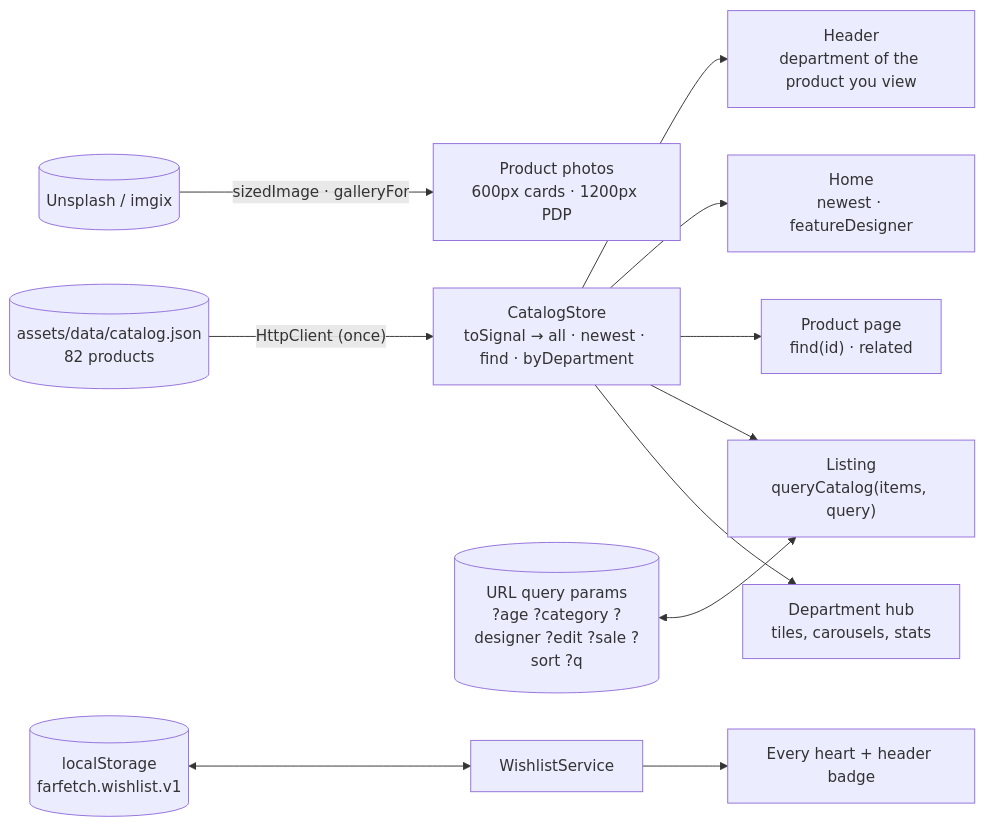
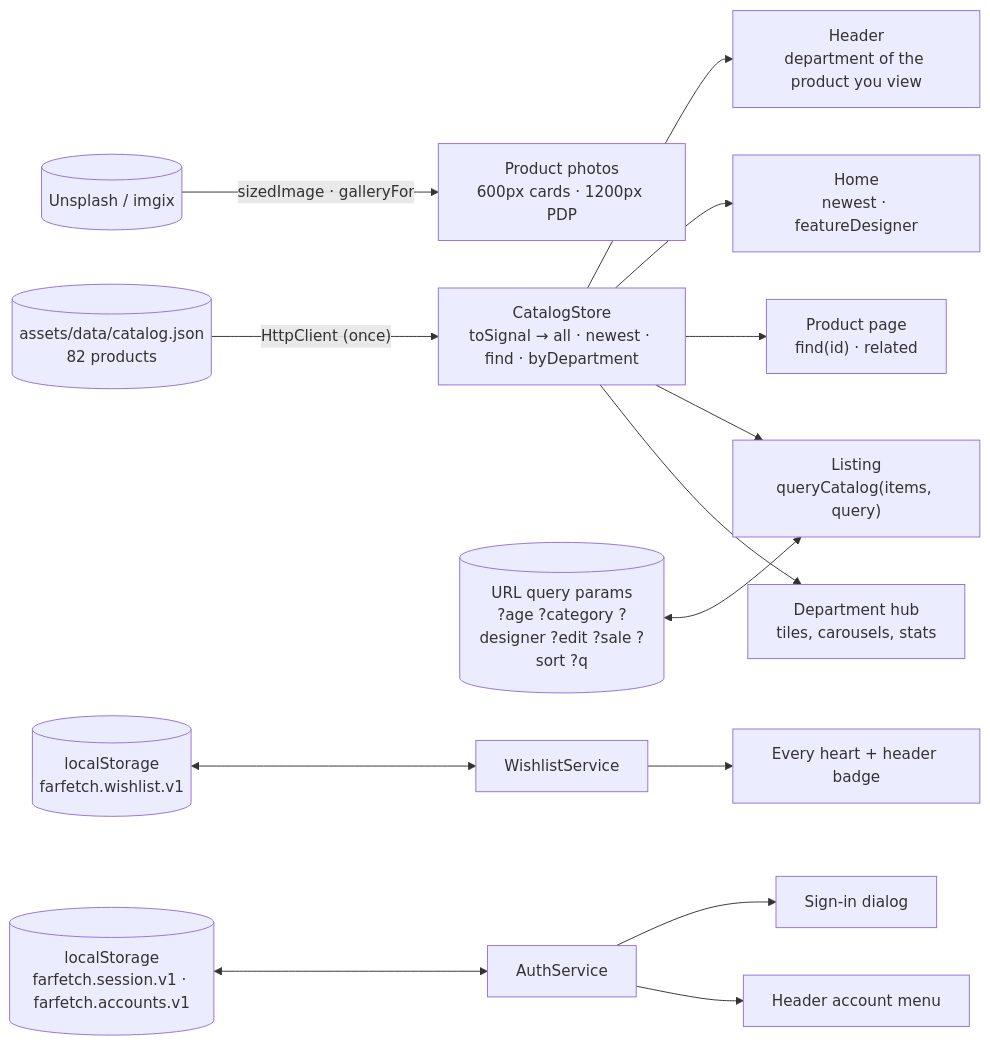
The second of 2 diagrams in README.md (CristianSifuentes/stitchFarfetchStoreOnline), drawn with Mermaid before and after one commit. The commit also changed other lines of this file and 19 other files, not shown here.

First line of the commit message:
feat(auth): Farfetch sign-in dialog

````diff
--- a/README.md
+++ b/README.md
@@ -234,15 +239,18 @@
 ```mermaid
 flowchart LR
     JSON[("assets/data/catalog.json<br/>82 products")] -->|"HttpClient (once)"| Store["CatalogStore<br/>toSignal → all · newest · find · byDepartment"]
     CDN[("Unsplash / imgix")] -->|"sizedImage · galleryFor"| Img["Product photos<br/>600px cards · 1200px PDP"]
 
     Store --> Hub["Department hub<br/>tiles, carousels, stats"]
     Store --> List["Listing<br/>queryCatalog(items, query)"]
     Store --> PDP["Product page<br/>find(id) · related"]
     Store --> Home["Home<br/>newest · featureDesigner"]
     Store --> Hdr["Header<br/>department of the product you view"]
 
     URL[("URL query params<br/>?age ?category ?designer ?edit ?sale ?sort ?q")] <--> List
     Wish[("localStorage<br/>farfetch.wishlist.v1")] <--> WS["WishlistService"]
     WS --> Hearts["Every heart + header badge"]
+    Sess[("localStorage<br/>farfetch.session.v1 · farfetch.accounts.v1")] <--> AS["AuthService"]
+    AS --> Hdr2["Header account menu"]
+    AS --> Dlg["Sign-in dialog"]
 ```
````
